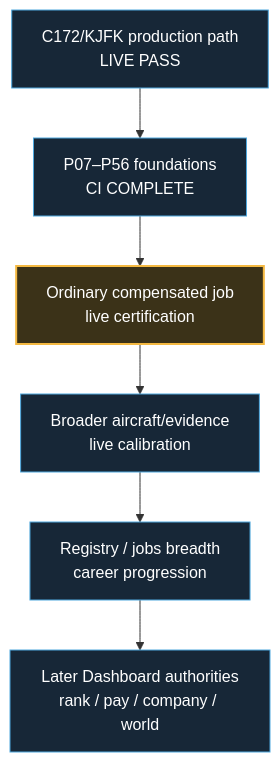
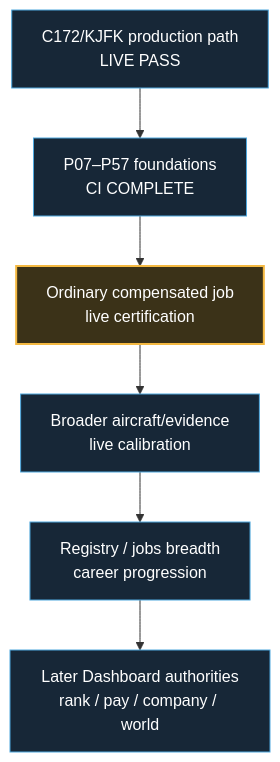
The second of 2 diagrams in docs/development-master-checklist.md (dhavalpddn-eng/OpenCareer), drawn with Mermaid before and after one commit. The commit also changed other lines of this file and 2 other files, not shown here.

Commit message:
docs: record mirrored checkpoint verification

````diff
--- a/docs/development-master-checklist.md
+++ b/docs/development-master-checklist.md
@@ -54,13 +54,13 @@
 ```mermaid
 flowchart TD
-    A["C172/KJFK production path<br/>LIVE PASS"] --> B["P07–P56 foundations<br/>CI COMPLETE"]
+    A["C172/KJFK production path<br/>LIVE PASS"] --> B["P07–P57 foundations<br/>CI COMPLETE"]
     B --> C["Ordinary compensated job<br/>live certification"]
     C --> D["Broader aircraft/evidence<br/>live calibration"]
     D --> E["Registry / jobs breadth<br/>career progression"]
     E --> F["Later Dashboard authorities<br/>rank / pay / company / world"]
 
     classDef next fill:#3b3218,stroke:#F4B942,color:#fff,stroke-width:2px;
     classDef future fill:#172737,stroke:#4EA8DE,color:#fff,stroke-width:1px;
     class C next;
     class A,B,D,E,F future;
 ```
````
